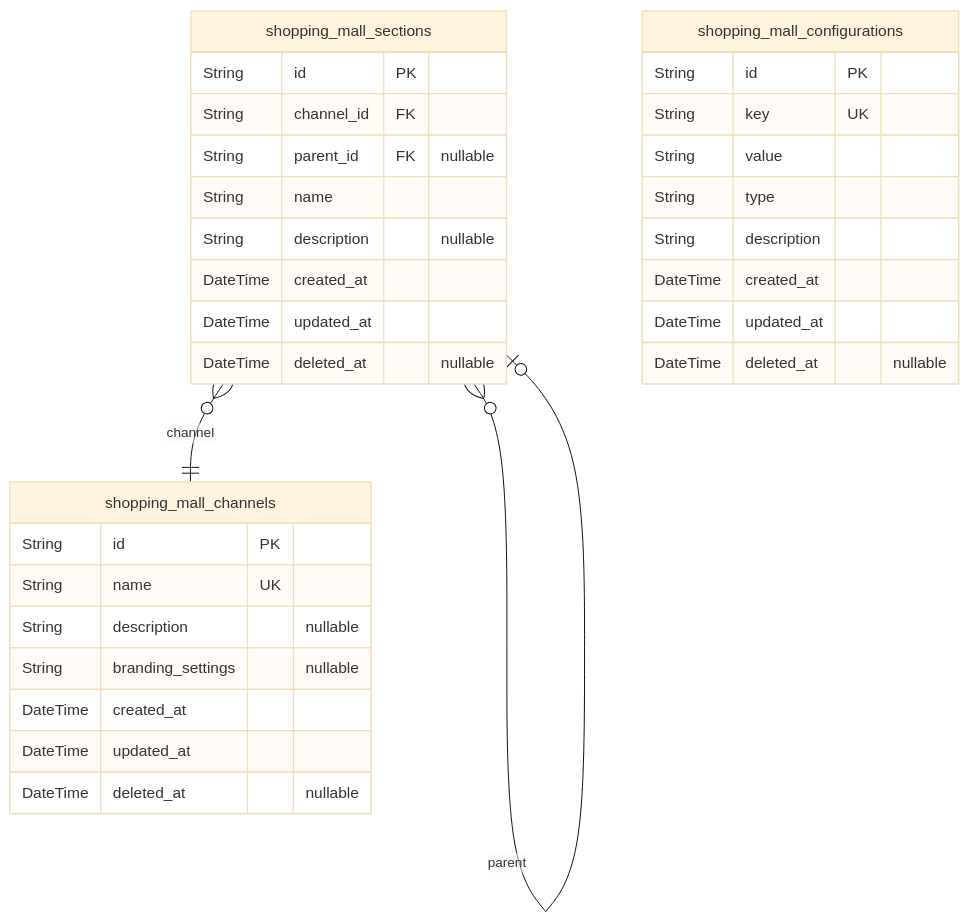
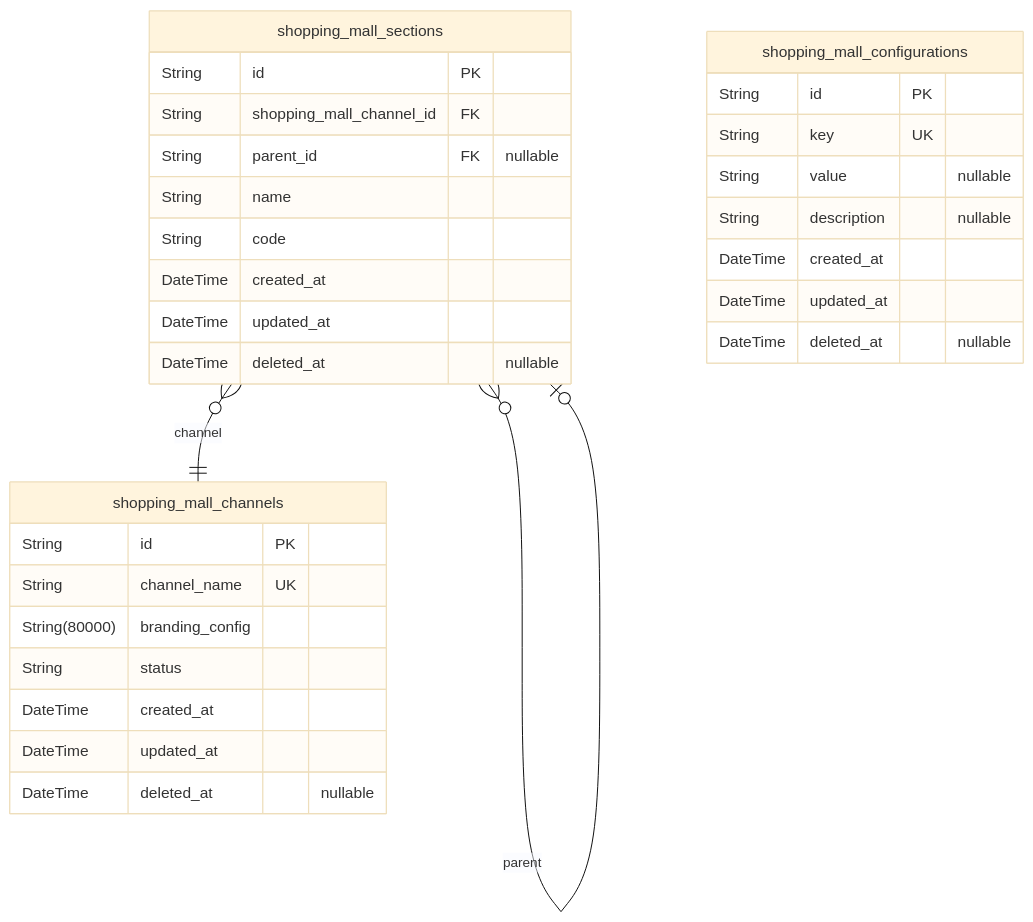
The second of 9 diagrams in qwen/qwen3-30b-a3b-thinking-2507/shopping/docs/ERD.md (wrtnlabs/autobe-examples), drawn with Mermaid (base theme) before and after one commit. The commit also changed other lines of this file and 9391 other files, not shown here.

````diff
--- a/qwen/qwen3-30b-a3b-thinking-2507/shopping/docs/ERD.md
+++ b/qwen/qwen3-30b-a3b-thinking-2507/shopping/docs/ERD.md
@@ -15,34 +512,33 @@
 ```mermaid
 erDiagram
 "shopping_mall_channels" {
   String id PK
-  String name UK
-  String description "nullable"
-  String branding_settings "nullable"
+  String channel_name UK
+  String(80000) branding_config
+  String status
   DateTime created_at
   DateTime updated_at
   DateTime deleted_at "nullable"
 }
 "shopping_mall_sections" {
   String id PK
-  String channel_id FK
+  String shopping_mall_channel_id FK
   String parent_id FK "nullable"
   String name
-  String description "nullable"
+  String code
   DateTime created_at
   DateTime updated_at
   DateTime deleted_at "nullable"
 }
 "shopping_mall_configurations" {
   String id PK
   String key UK
-  String value
-  String type
-  String description
+  String value "nullable"
+  String description "nullable"
   DateTime created_at
   DateTime updated_at
   DateTime deleted_at "nullable"
 }
 "shopping_mall_sections" }o--|| "shopping_mall_channels" : channel
 "shopping_mall_sections" }o--o| "shopping_mall_sections" : parent
 ```
````
